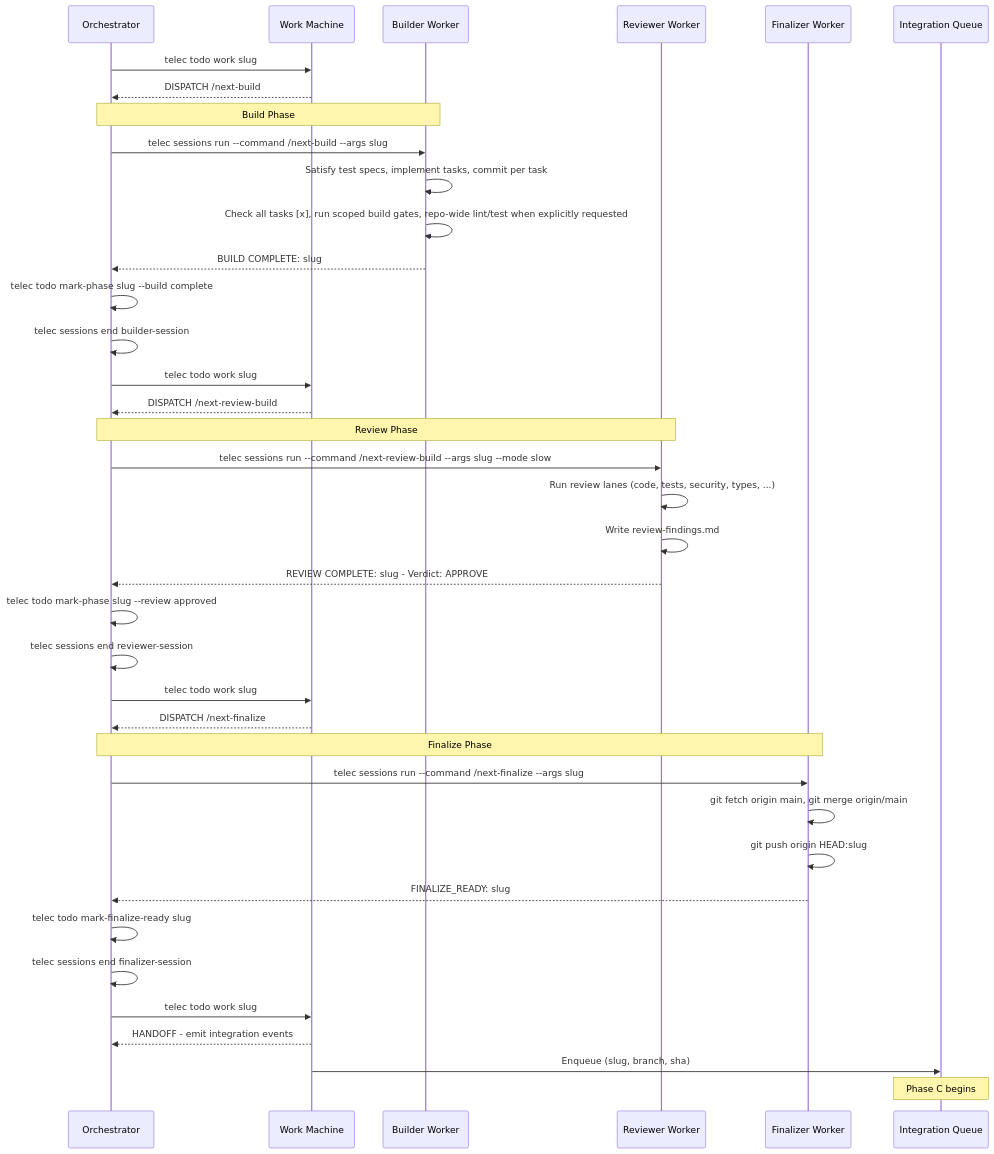
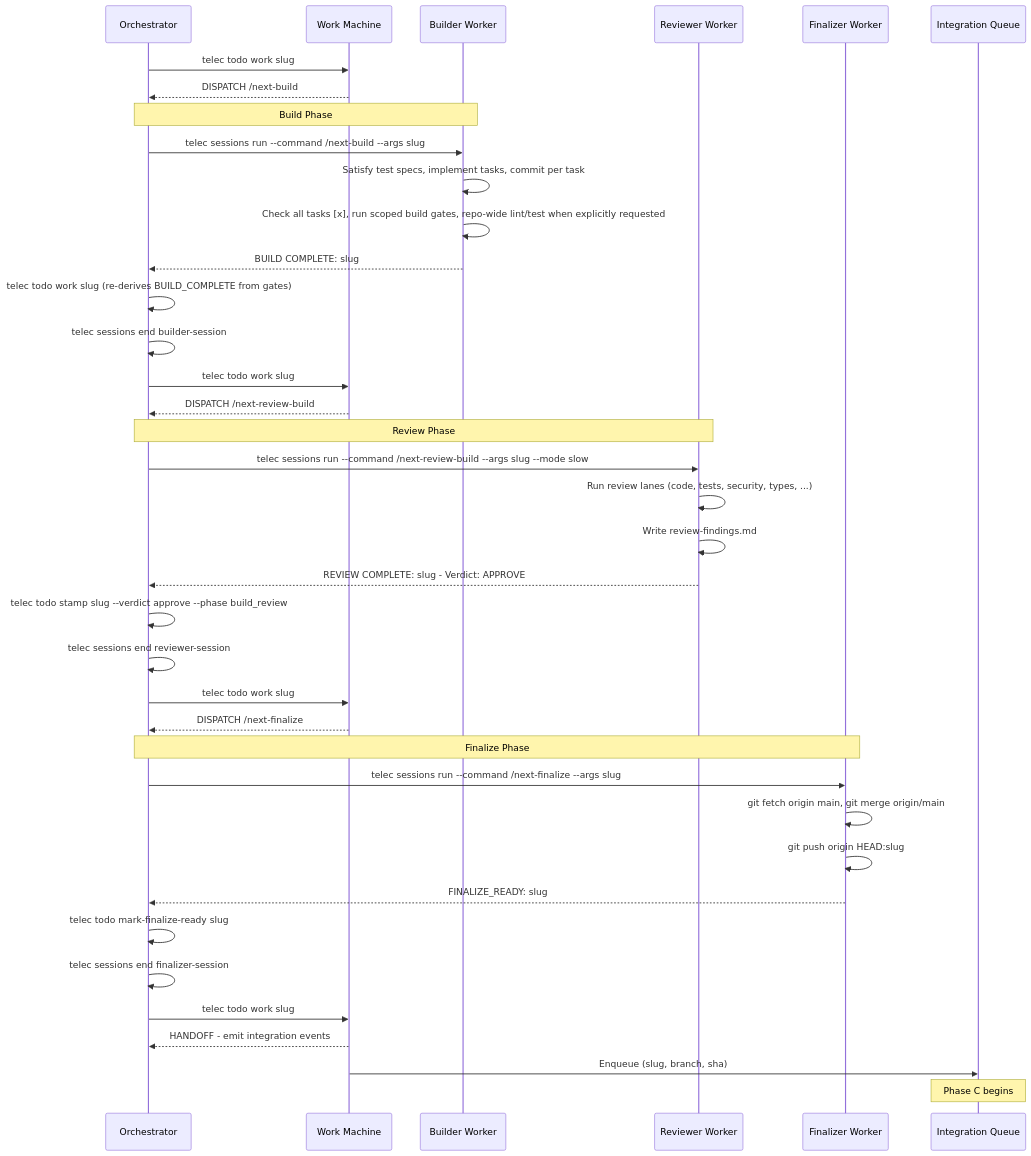
The fourth of 5 diagrams in docs/project/design/architecture/work-state-machine.md (InstruktAI/TeleClaude), drawn with Mermaid before and after one commit. The commit also changed other lines of this file and 63 other files, not shown here.

````diff
--- a/docs/project/design/architecture/work-state-machine.md
+++ b/docs/project/design/architecture/work-state-machine.md
@@ -189,47 +189,47 @@
 ```mermaid
 sequenceDiagram
     participant O as Orchestrator
     participant SM as Work Machine
     participant B as Builder Worker
     participant R as Reviewer Worker
     participant F as Finalizer Worker
     participant I as Integration Queue
 
     O->>SM: telec todo work slug
     SM-->>O: DISPATCH /next-build
 
     Note over O,B: Build Phase
     O->>B: telec sessions run --command /next-build --args slug
     B->>B: Satisfy test specs, implement tasks, commit per task
     B->>B: Check all tasks [x], run scoped build gates, repo-wide lint/test when explicitly requested
     B-->>O: BUILD COMPLETE: slug
-    O->>O: telec todo mark-phase slug --build complete
+    O->>O: telec todo work slug (re-derives BUILD_COMPLETE from gates)
     O->>O: telec sessions end builder-session
 
     O->>SM: telec todo work slug
     SM-->>O: DISPATCH /next-review-build
 
     Note over O,R: Review Phase
     O->>R: telec sessions run --command /next-review-build --args slug --mode slow
     R->>R: Run review lanes (code, tests, security, types, ...)
     R->>R: Write review-findings.md
     R-->>O: REVIEW COMPLETE: slug - Verdict: APPROVE
-    O->>O: telec todo mark-phase slug --review approved
+    O->>O: telec todo stamp slug --verdict approve --phase build_review
     O->>O: telec sessions end reviewer-session
 
     O->>SM: telec todo work slug
     SM-->>O: DISPATCH /next-finalize
 
     Note over O,F: Finalize Phase
     O->>F: telec sessions run --command /next-finalize --args slug
     F->>F: git fetch origin main, git merge origin/main
     F->>F: git push origin HEAD:slug
     F-->>O: FINALIZE_READY: slug
     O->>O: telec todo mark-finalize-ready slug
     O->>O: telec sessions end finalizer-session
 
     O->>SM: telec todo work slug
     SM-->>O: HANDOFF - emit integration events
     SM->>I: Enqueue (slug, branch, sha)
     Note over I: Phase C begins
 ```
````
